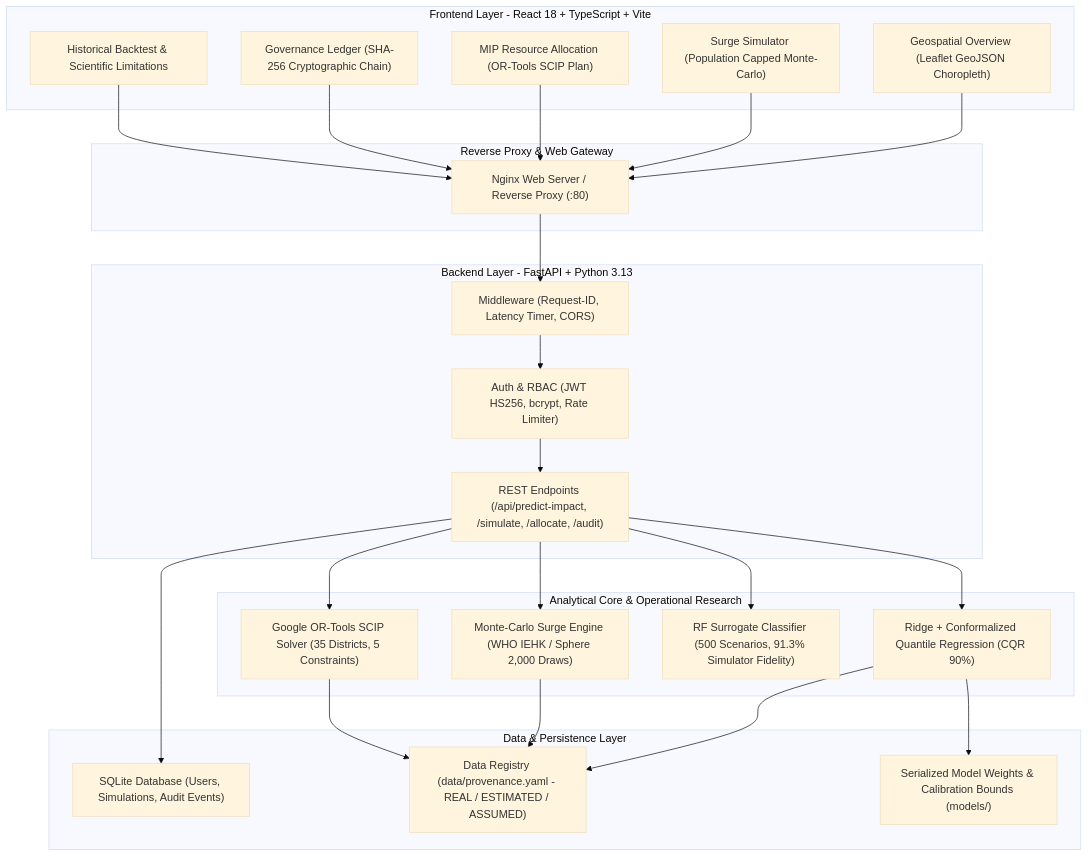
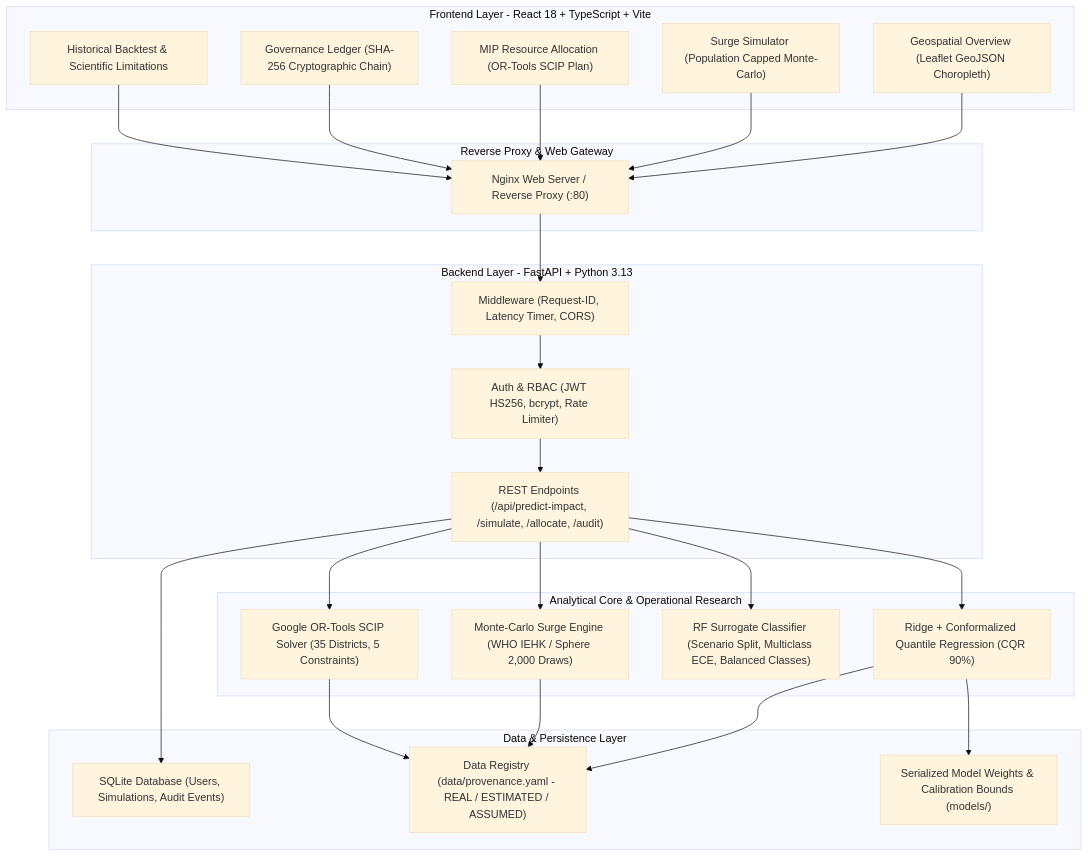
One commit to Srushti2630/disaster-healthcare-ai changed the diagram in README.md. Above: the diagram before and after it, drawn with Mermaid (base theme). The commit also changed other lines of this file and 4 other files, not shown here.

````diff
--- a/README.md
+++ b/README.md
@@ -10,42 +10,42 @@
 ```mermaid
 flowchart TD
     subgraph Client [Frontend Layer - React 18 + TypeScript + Vite]
         UI1["Geospatial Overview (Leaflet GeoJSON Choropleth)"]
         UI2["Surge Simulator (Population Capped Monte-Carlo)"]
         UI3["MIP Resource Allocation (OR-Tools SCIP Plan)"]
         UI4["Governance Ledger (SHA-256 Cryptographic Chain)"]
         UI5["Historical Backtest & Scientific Limitations"]
     end
 
     subgraph Gateway [Reverse Proxy & Web Gateway]
         NGINX["Nginx Web Server / Reverse Proxy (:80)"]
     end
 
     subgraph API [Backend Layer - FastAPI + Python 3.13]
         MW["Middleware (Request-ID, Latency Timer, CORS)"]
         AUTH["Auth & RBAC (JWT HS256, bcrypt, Rate Limiter)"]
         ROUTES["REST Endpoints (/api/predict-impact, /simulate, /allocate, /audit)"]
     end
 
     subgraph Engine [Analytical Core & Operational Research]
         IMPACT["Ridge + Conformalized Quantile Regression (CQR 90%)"]
         MC["Monte-Carlo Surge Engine (WHO IEHK / Sphere 2,000 Draws)"]
-        SURROGATE["RF Surrogate Classifier (500 Scenarios, 91.3% Simulator Fidelity)"]
+        SURROGATE["RF Surrogate Classifier (Scenario Split, Multiclass ECE, Balanced Classes)"]
         ORTOOLS["Google OR-Tools SCIP Solver (35 Districts, 5 Constraints)"]
     end
 
     subgraph Storage [Data & Persistence Layer]
         SQLITE["SQLite Database (Users, Simulations, Audit Events)"]
         PROV["Data Registry (data/provenance.yaml - REAL / ESTIMATED / ASSUMED)"]
         MODELS["Serialized Model Weights & Calibration Bounds (models/)"]
     end
 
     UI1 & UI2 & UI3 & UI4 & UI5 --> NGINX
     NGINX --> MW
     MW --> AUTH
     AUTH --> ROUTES
     ROUTES --> IMPACT & MC & SURROGATE & ORTOOLS
     ROUTES --> SQLITE
     IMPACT & MC & ORTOOLS --> PROV
     IMPACT --> MODELS
 ```
````
